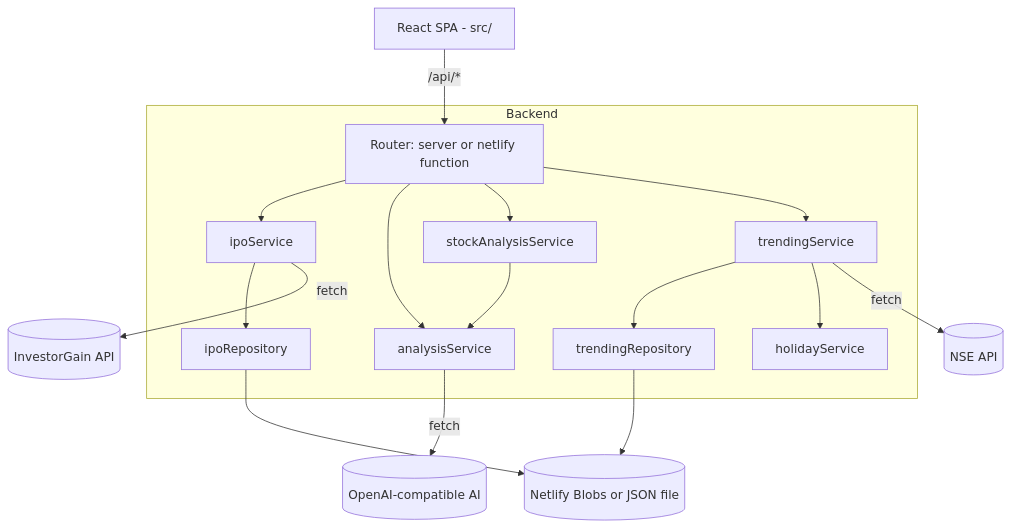
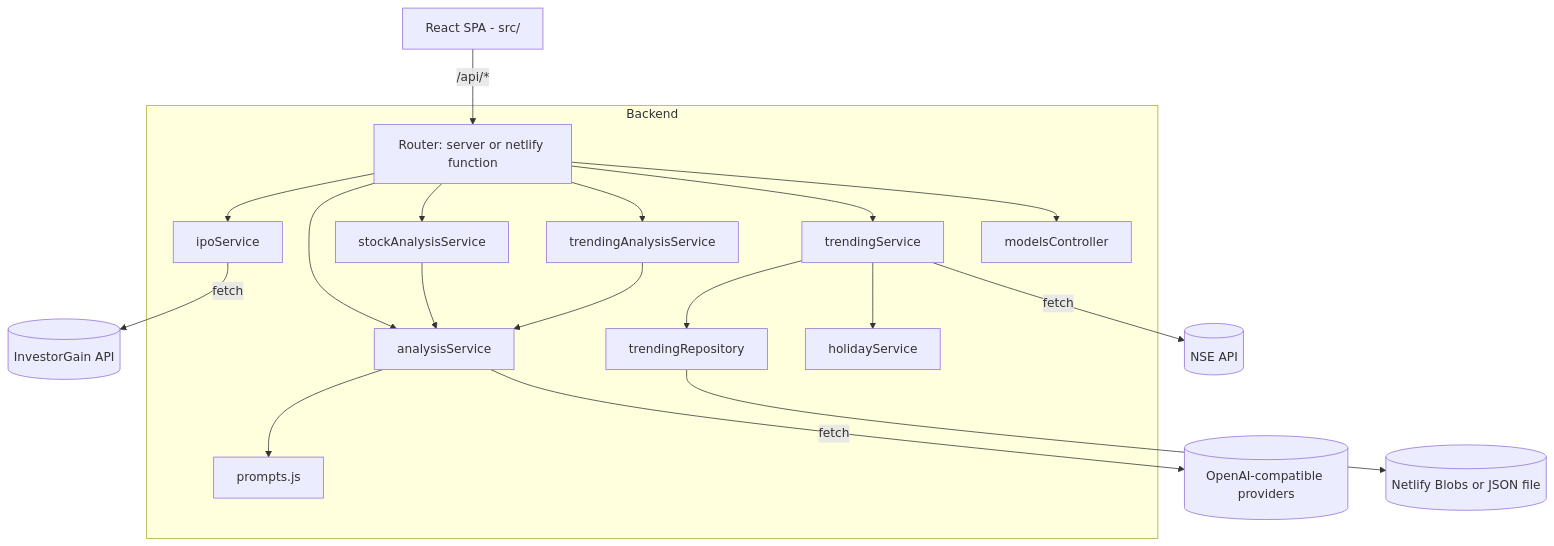
The first of 2 diagrams in ARCHITECTURE.md (ashfaque07/ipo-analyzer), drawn with Mermaid before and after one commit. The commit also changed other lines of this file and 21 other files, not shown here.

````diff
--- a/ARCHITECTURE.md
+++ b/ARCHITECTURE.md
@@ -15,20 +15,22 @@
 ```mermaid
 graph TD
   UI[React SPA - src/] -->|/api/*| Proxy
   subgraph Backend
     Proxy[Router: server or netlify function]
     Proxy --> IPOSvc[ipoService]
     Proxy --> AnaSvc[analysisService]
     Proxy --> StkSvc[stockAnalysisService]
+    Proxy --> TrdAnaSvc[trendingAnalysisService]
     Proxy --> TrdSvc[trendingService]
-    IPOSvc --> IPORepo[ipoRepository]
+    Proxy --> Models[modelsController]
     TrdSvc --> TrdRepo[trendingRepository]
     TrdSvc --> HolSvc[holidayService]
+    AnaSvc --> Prompts[prompts.js]
   end
   IPOSvc -->|fetch| InvestorGain[(InvestorGain API)]
   TrdSvc -->|fetch| NSE[(NSE API)]
-  AnaSvc -->|fetch| AI[(OpenAI-compatible AI)]
+  AnaSvc -->|fetch| AI[(OpenAI-compatible providers)]
   StkSvc --> AnaSvc
-  IPORepo --> Store[(Netlify Blobs or JSON file)]
-  TrdRepo --> Store
+  TrdAnaSvc --> AnaSvc
+  TrdRepo --> Store[(Netlify Blobs or JSON file)]
 ```
````
